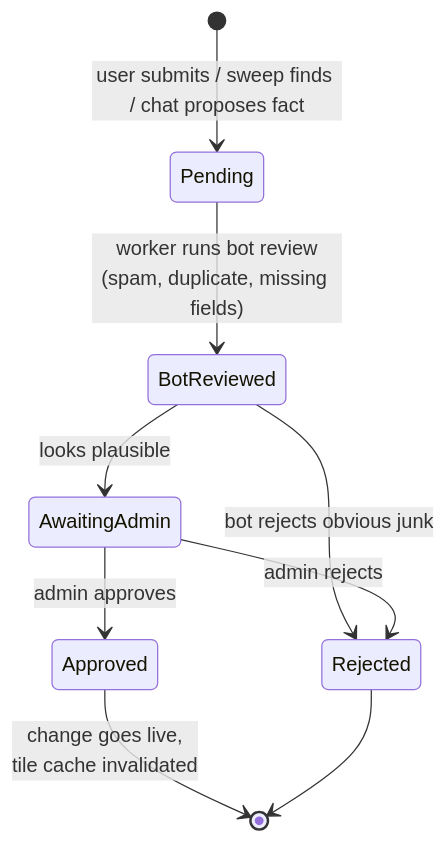
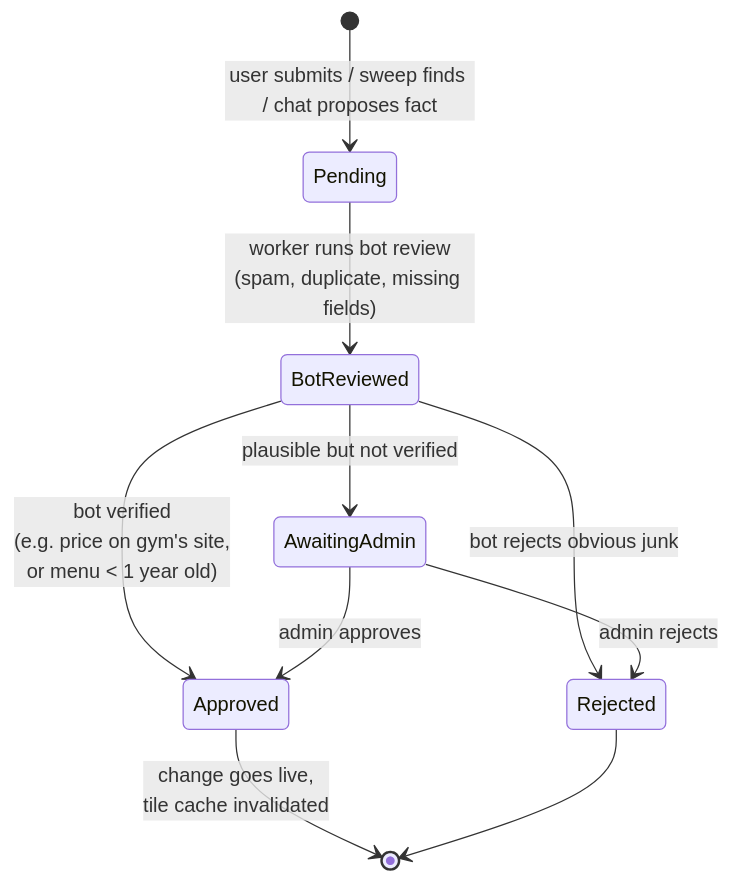
Diagram 21 of 21 in DESIGN_DISCUSSION.md (AbsentLung/TravelApp), drawn with Mermaid before and after one commit. The commit also changed other lines of this file, not shown here.

First line of the commit message:
Let bot-verified changes skip admin approval

````diff
--- a/DESIGN_DISCUSSION.md
+++ b/DESIGN_DISCUSSION.md
@@ -608,11 +618,12 @@
 ```mermaid
 stateDiagram-v2
     [*] --> Pending: user submits / sweep finds / chat proposes fact
     Pending --> BotReviewed: worker runs bot review<br/>(spam, duplicate, missing fields)
     BotReviewed --> Rejected: bot rejects obvious junk
-    BotReviewed --> AwaitingAdmin: looks plausible
+    BotReviewed --> Approved: bot verified<br/>(e.g. price on gym's site,<br/>or menu < 1 year old)
+    BotReviewed --> AwaitingAdmin: plausible but not verified
     AwaitingAdmin --> Approved: admin approves
     AwaitingAdmin --> Rejected: admin rejects
     Approved --> [*]: change goes live,<br/>tile cache invalidated
     Rejected --> [*]
 ```
````
